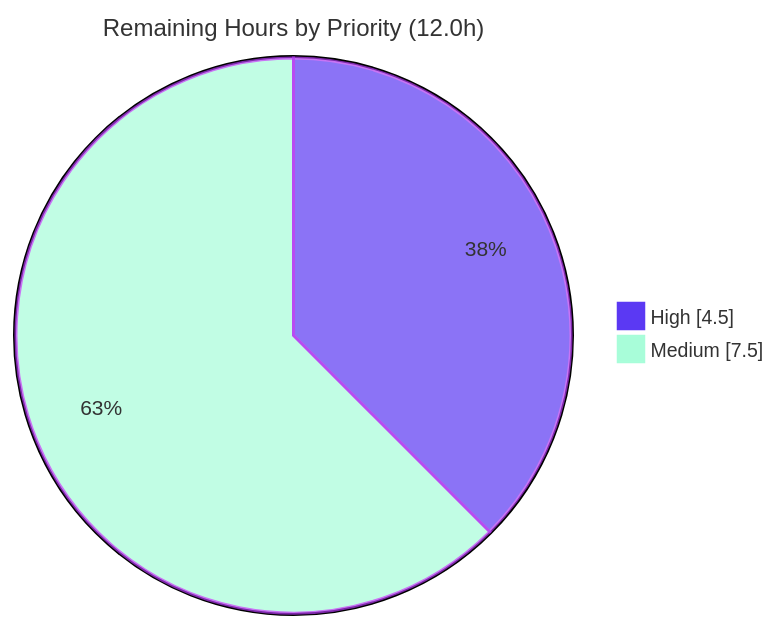
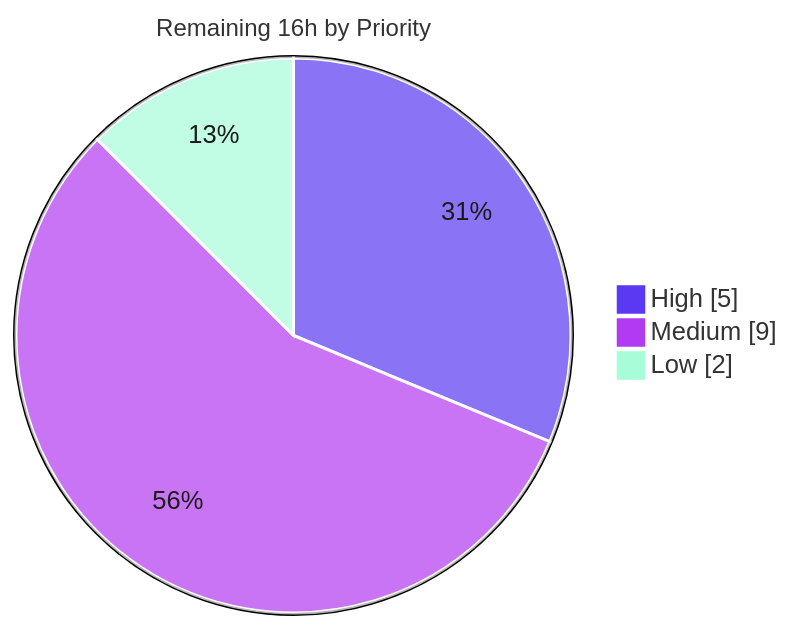
Before and after one commit to Blitzy-Sandbox/blitzy-celery: the third of 3 diagrams in blitzy/documentation/Project Guide.md, drawn with Mermaid. The commit also changed other lines of this file, not shown here.

Commit message:
Adding Blitzy Project Guide: Project Status and Human Tasks Remaining

````diff
--- a/blitzy/documentation/Project Guide.md
+++ b/blitzy/documentation/Project Guide.md
@@ -224,6 +208,7 @@
 ```mermaid
-%%{init: {'theme':'base','themeVariables':{'pie1':'#5B39F3','pie2':'#A8FDD9','pieStrokeColor':'#B23AF2','pieStrokeWidth':'2px','pieTitleTextSize':'16px','pieSectionTextSize':'14px','pieLegendTextSize':'13px'}}}%%
-pie showData title Remaining Hours by Priority (12.0h)
-    "High" : 4.5
-    "Medium" : 7.5
+%%{init: {'theme':'base','themeVariables':{'pie1':'#5B39F3','pie2':'#B23AF2','pie3':'#A8FDD9','pieSectionTextColor':'#1B1B1B','pieStrokeColor':'#FFFFFF','pieStrokeWidth':'2px','pieTitleTextSize':'16px'}}}%%
+pie showData title Remaining 16h by Priority
+    "High" : 5
+    "Medium" : 9
+    "Low" : 2
 ```
````
